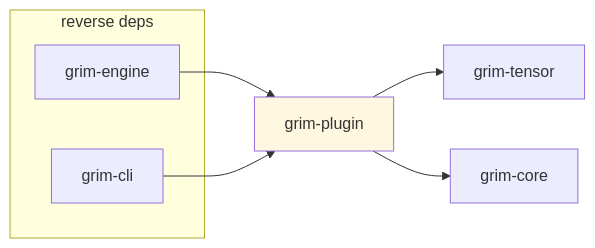
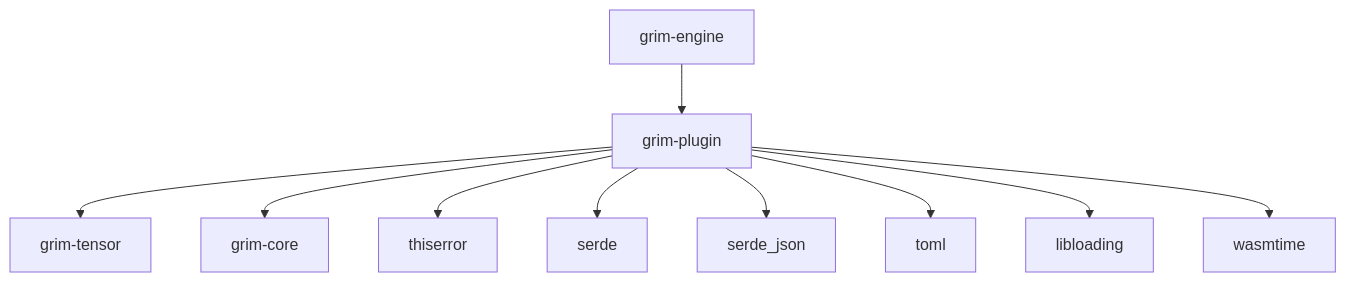
The diagram in crates/grim-plugin/README.md (sydonayrex/grim), drawn with Mermaid before and after one commit. The commit also changed other lines of this file and 53 other files, not shown here.

````diff
--- a/crates/grim-plugin/README.md
+++ b/crates/grim-plugin/README.md
@@ -17,15 +12,14 @@
 ```mermaid
-graph LR
-    A[grim-plugin] --> B[grim-tensor]
-    A --> C[grim-core]
+graph TD
+    grim-engine --> grim-plugin
 
-    subgraph "reverse deps"
-        D1[grim-engine]
-        D2[grim-cli]
-    end
-
-    D1 --> A
-    D2 --> A
-
-    style A fill:#fff8e1
+    grim-plugin --> grim-tensor
+    grim-plugin --> grim-core
+    
+    grim-plugin --> thiserror
+    grim-plugin --> serde
+    grim-plugin --> serde_json
+    grim-plugin --> toml
+    grim-plugin --> libloading
+    grim-plugin --> wasmtime
 ```
````
